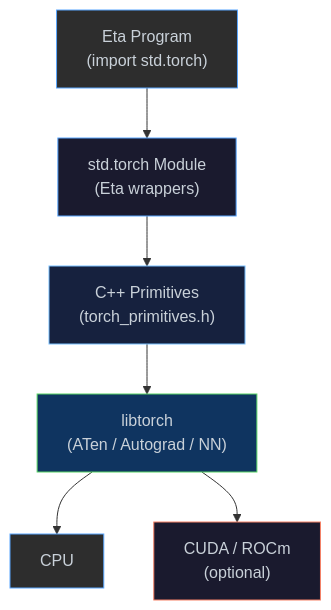
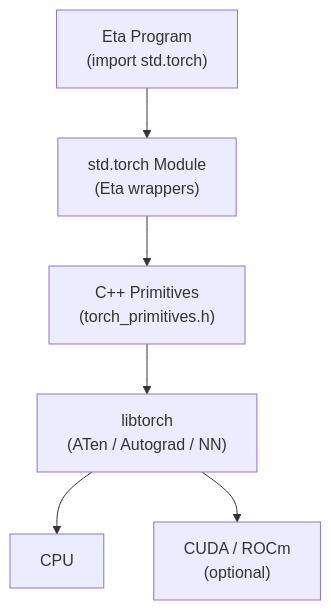
Before and after one commit to lewismj/eta: the third of 5 diagrams in docs/guide/reference/torch.md, drawn with Mermaid. The commit also changed other lines of this file and 52 other files, not shown here.

````diff
--- a/docs/guide/reference/torch.md
+++ b/docs/guide/reference/torch.md
@@ -93,20 +81,13 @@
 ```mermaid
 flowchart TD
     ETA["Eta Program\n(import std.torch)"]
     STD["std.torch Module\n(Eta wrappers)"]
     PRIM["C++ Primitives\n(torch_primitives.h)"]
     LT["libtorch\n(ATen / Autograd / NN)"]
     CPU["CPU"]
     GPU["CUDA / ROCm\n(optional)"]
 
     ETA --> STD --> PRIM --> LT
     LT --> CPU
     LT --> GPU
-
-    style ETA  fill:#2d2d2d,stroke:#58a6ff,color:#c9d1d9
-    style STD  fill:#1a1a2e,stroke:#58a6ff,color:#c9d1d9
-    style PRIM fill:#16213e,stroke:#79c0ff,color:#c9d1d9
-    style LT   fill:#0f3460,stroke:#56d364,color:#c9d1d9
-    style CPU  fill:#2d2d2d,stroke:#58a6ff,color:#c9d1d9
-    style GPU  fill:#1a1a2e,stroke:#f78166,color:#c9d1d9
 ```
````
